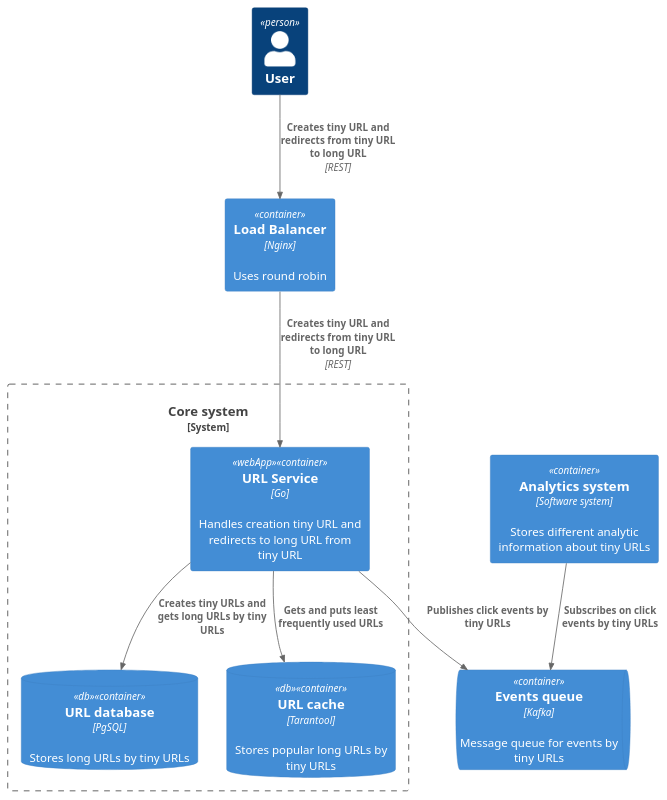
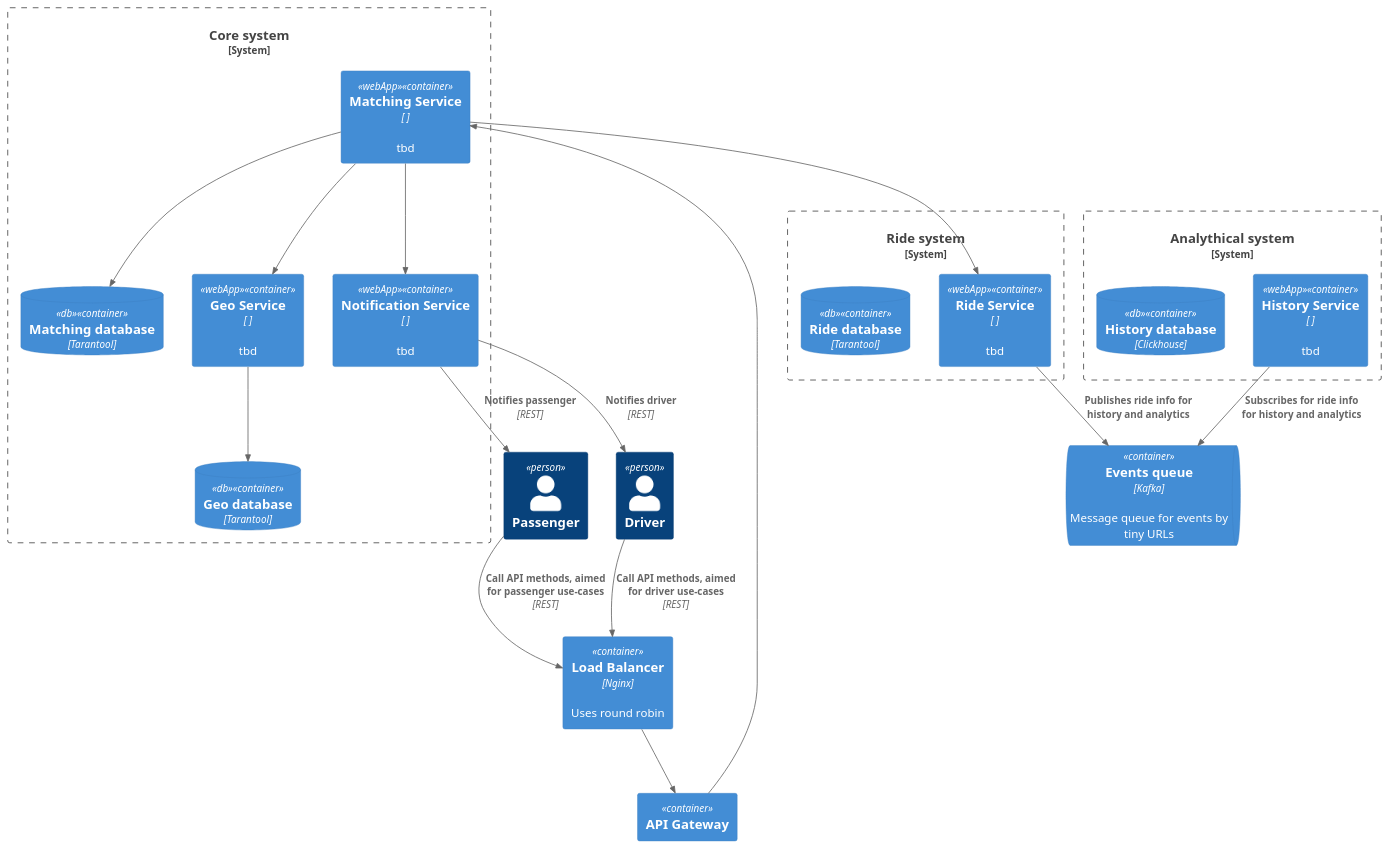
Before and after one commit to EugenePugin/Learning_System_Design_from_Vlad_Balun: the diagram in Яндекс Такси/YTaxi_system_design.puml, drawn with PlantUML. The commit also changed 1 other file, not shown here.

```diff
--- a/Яндекс Такси/YTaxi_system_design.puml
+++ b/Яндекс Такси/YTaxi_system_design.puml
@@ -1,22 +1,46 @@
 @startuml
 !include https://raw.githubusercontent.com/plantuml-stdlib/C4-PlantUML/master/C4_Container.puml
 
-Person(user, "User")
+Person(passenger, "Passenger")
+Person(driver, "Driver")
 Container(loadBalancer, "Load Balancer", "Nginx", "Uses round robin")
-Container(analyticsSystem, "Analytics system", "Software system", "Stores different analytic information about tiny URLs")
+Container(apiGateway, "API Gateway", "", "")
 ContainerQueue(messageQueue, "Events queue", "Kafka", "Message queue for events by tiny URLs")
 
 System_Boundary(coreSystem, "Core system") {
-    Container(urlService, "URL Service", "Go", "Handles creation tiny URL and redirects to long URL from tiny URL", $tags="webApp")
-    ContainerDb(urlDatabase, "URL database", "PgSQL", "Stores long URLs by tiny URLs",  $tags="db")
-    ContainerDb(urlCache, "URL cache", "Tarantool", "Stores popular long URLs by tiny URLs",  $tags="db")
+    Container(matchingService, "Matching Service", " ", "tbd", $tags="webApp")
+    ContainerDb(matchingDatabase, "Matching database", "Tarantool", "",  $tags="db")
+    Container(notificationService, "Notification Service", " ", "tbd", $tags="webApp")
+    Container(geoService, "Geo Service", " ", "tbd", $tags="webApp")
+    ContainerDb(geoDatabase, "Geo database", "Tarantool", "",  $tags="db")
 }
 
-Rel(user, loadBalancer, "Creates tiny URL and redirects from tiny URL to long URL", "REST")
-Rel(loadBalancer, urlService, "Creates tiny URL and redirects from tiny URL to long URL", "REST")
+System_Boundary(rideSystem, "Ride system") {
+    Container(rideService, "Ride Service", " ", "tbd", $tags="webApp")
+    ContainerDb(rideDatabase, "Ride database", "Tarantool", "",  $tags="db")
+}
 
-Rel(urlService, urlDatabase, "Creates tiny URLs and gets long URLs by tiny URLs")
-Rel(urlService, urlCache, "Gets and puts least frequently used URLs")
-Rel(urlService, messageQueue, "Publishes click events by tiny URLs")
-Rel(analyticsSystem, messageQueue, "Subscribes on click events by tiny URLs")
+System_Boundary(analyticalSystem, "Analythical system") {
+    Container(historyService, "History Service", " ", "tbd", $tags="webApp")
+    ContainerDb(historyDatabase, "History database", "Clickhouse", "",  $tags="db")
+}
+
+Rel(passenger, loadBalancer, "Call API methods, aimed for passenger use-cases", "REST")
+Rel(driver, loadBalancer, "Call API methods, aimed for driver use-cases", "REST")
+
+Rel(loadBalancer, apiGateway, " ", "")
+Rel(apiGateway, matchingService, "", "")
+
+
+Rel(matchingService, matchingDatabase, "")
+Rel(matchingService, notificationService, "")
+Rel(matchingService, geoService, "")
+Rel(geoService, geoDatabase, "")
+Rel(notificationService, passenger, "Notifies passenger", "REST")
+Rel(notificationService, driver, "Notifies driver", "REST")
+Rel(matchingService, rideService, "")
+Rel(rideService, messageQueue, "Publishes ride info for history and analytics")
+Rel(historyService, messageQueue, "Subscribes for ride info for history and analytics")
+
+
 @enduml
```
